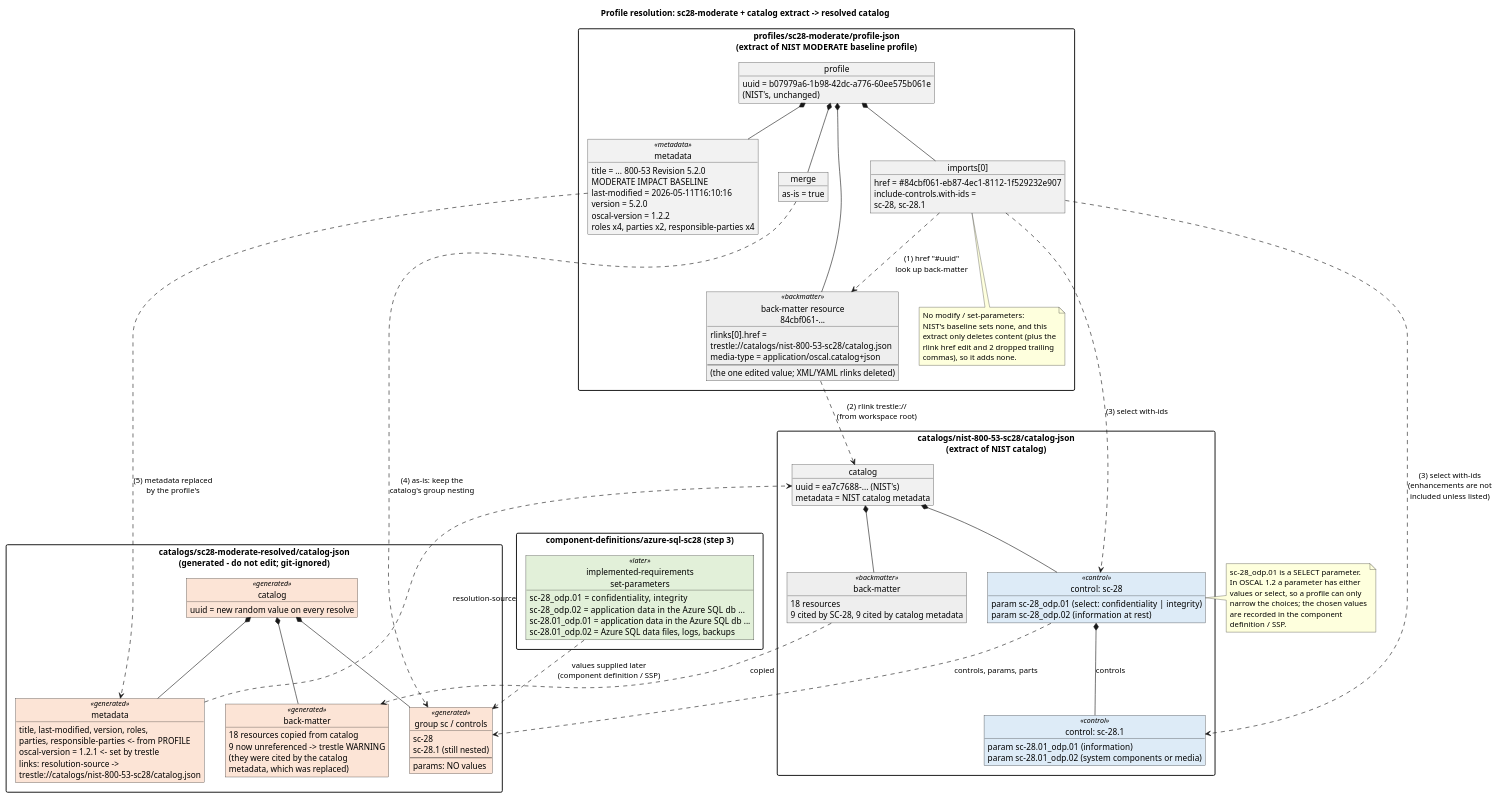
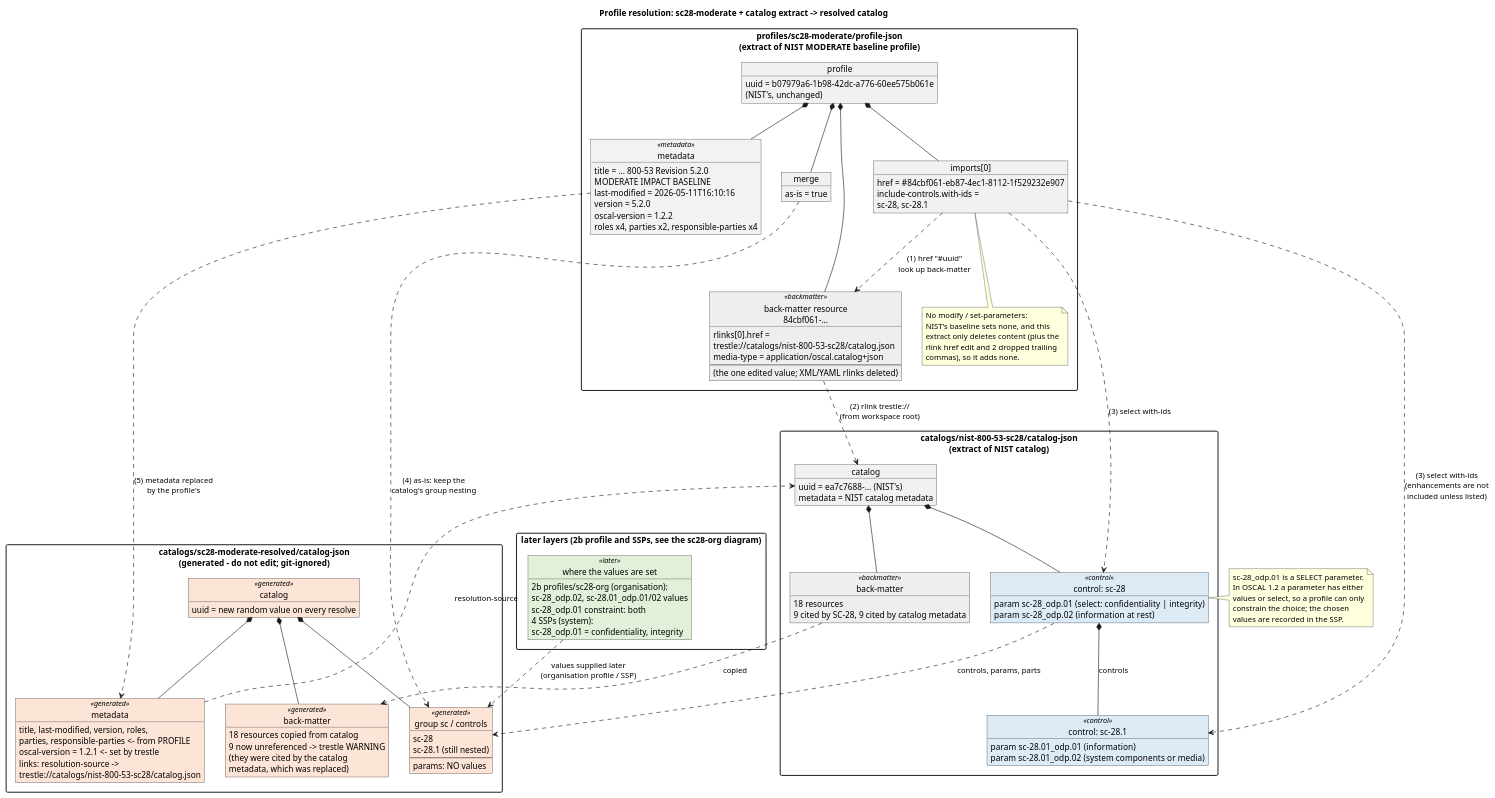
The diagram in diagrams/profiles/sc28-moderate.puml (wolffy-au/frictionless-sample-oscal), drawn with PlantUML before and after one commit. The commit also changed 3 other files, not shown here.

First line of the commit message:
Review fixes: CI deployer in both SSPs, 3a and 2a diagram wording

```diff
--- a/diagrams/profiles/sc28-moderate.puml
+++ b/diagrams/profiles/sc28-moderate.puml
@@ -1,144 +1,144 @@
 @startuml profile-sc28-moderate
 ' How profiles/sc28-moderate/profile.json resolves into
 ' catalogs/sc28-moderate-resolved/catalog.json
 ' (trestle author profile-resolve -n sc28-moderate -o sc28-moderate-resolved)
 ' Numbered arrows = the order trestle applies the steps.
 ' Package names use '-' instead of '.' (e.g. profile-json): PlantUML treats '.'
 ' in a package name as a namespace separator and splits the package.
 title Profile resolution: sc28-moderate + catalog extract -> resolved catalog
 hide circle
 skinparam object {
   BackgroundColor<<metadata>> #F2F2F2
   BackgroundColor<<control>> #DDEBF7
   BackgroundColor<<param>> #FFF2CC
   BackgroundColor<<backmatter>> #EEEEEE
   BackgroundColor<<generated>> #FCE4D6
   BackgroundColor<<later>> #E2F0D9
 }
 skinparam packageStyle rectangle
 
 package "profiles/sc28-moderate/profile-json\n(extract of NIST MODERATE baseline profile)" {
   object "profile" as prof {
     uuid = b07979a6-1b98-42dc-a776-60ee575b061e
     (NIST's, unchanged)
   }
   object "metadata" as pmd <<metadata>> {
     title = ... 800-53 Revision 5.2.0
             MODERATE IMPACT BASELINE
     last-modified = 2026-05-11T16:10:16
     version = 5.2.0
     oscal-version = 1.2.2
     roles x4, parties x2, responsible-parties x4
   }
   object "imports[0]" as imp {
     href = #84cbf061-eb87-4ec1-8112-1f529232e907
     include-controls.with-ids =
       sc-28, sc-28.1
   }
   object "merge" as merge {
     as-is = true
   }
   object "back-matter resource\n84cbf061-..." as res <<backmatter>> {
     rlinks[0].href =
       trestle://catalogs/nist-800-53-sc28/catalog.json
     media-type = application/oscal.catalog+json
     --
     (the one edited value; XML/YAML rlinks deleted)
   }
   note bottom of imp
     No modify / set-parameters:
     NIST's baseline sets none, and this
     extract only deletes content (plus the
     rlink href edit and 2 dropped trailing
     commas), so it adds none.
   end note
 }
 
 package "catalogs/nist-800-53-sc28/catalog-json\n(extract of NIST catalog)" {
   object "catalog" as cat {
     uuid = ea7c7688-... (NIST's)
     metadata = NIST catalog metadata
   }
   object "control: sc-28" as c28 <<control>> {
     param sc-28_odp.01  (select: confidentiality | integrity)
     param sc-28_odp.02  (information at rest)
   }
   object "control: sc-28.1" as c281 <<control>> {
     param sc-28.01_odp.01  (information)
     param sc-28.01_odp.02  (system components or media)
   }
   object "back-matter" as cbm <<backmatter>> {
     18 resources
     9 cited by SC-28, 9 cited by catalog metadata
   }
 }
 
 package "catalogs/sc28-moderate-resolved/catalog-json\n(generated - do not edit; git-ignored)" {
   object "catalog" as rcat <<generated>> {
     uuid = new random value on every resolve
   }
   object "metadata" as rmd <<generated>> {
     title, last-modified, version, roles,
     parties, responsible-parties <- from PROFILE
     oscal-version = 1.2.1 <- set by trestle
     links: resolution-source ->
       trestle://catalogs/nist-800-53-sc28/catalog.json
   }
   object "group sc / controls" as rc <<generated>> {
     sc-28
       sc-28.1 (still nested)
     --
     params: NO values
   }
   object "back-matter" as rbm <<generated>> {
     18 resources copied from catalog
     9 now unreferenced -> trestle WARNING
     (they were cited by the catalog
      metadata, which was replaced)
   }
 }
 
-package "component-definitions/azure-sql-sc28 (step 3)" {
-  object "implemented-requirements\nset-parameters" as sp <<later>> {
-    sc-28_odp.01    = confidentiality, integrity
-    sc-28_odp.02    = application data in the Azure SQL db ...
-    sc-28.01_odp.01 = application data in the Azure SQL db ...
-    sc-28.01_odp.02 = Azure SQL data files, logs, backups
+package "later layers (2b profile and SSPs, see the sc28-org diagram)" {
+  object "where the values are set" as sp <<later>> {
+    2b profiles/sc28-org (organisation):
+      sc-28_odp.02, sc-28.01_odp.01/02 values
+      sc-28_odp.01 constraint: both
+    4 SSPs (system):
+      sc-28_odp.01 = confidentiality, integrity
   }
 }
 
 ' containment
 prof *-- pmd
 prof *-- imp
 prof *-- merge
 prof *-- res
 cat *-- c28
 c28 *-- c281 : controls
 cat *-- cbm
 rcat *-- rmd
 rcat *-- rc
 rcat *-- rbm
 
 ' resolution steps
 imp ..> res : (1) href "#uuid"\nlook up back-matter
 res ..> cat : (2) rlink trestle://\n(from workspace root)
 imp ..> c28 : (3) select with-ids
 imp ..> c281 : (3) select with-ids\n(enhancements are not\nincluded unless listed)
 merge ..> rc : (4) as-is: keep the\ncatalog's group nesting
 pmd ..> rmd : (5) metadata replaced\nby the profile's
 c28 ..> rc : controls, params, parts
 cbm ..> rbm : copied
 rmd ..> cat : resolution-source
 
 ' where values come from
-sp ..> rc : values supplied later\n(component definition / SSP)
+sp ..> rc : values supplied later\n(organisation profile / SSP)
 
 note right of c28
   sc-28_odp.01 is a SELECT parameter.
   In OSCAL 1.2 a parameter has either
   values or select, so a profile can only
-  narrow the choices; the chosen values
-  are recorded in the component
-  definition / SSP.
+  constrain the choice; the chosen
+  values are recorded in the SSP.
 end note
 @enduml
```
